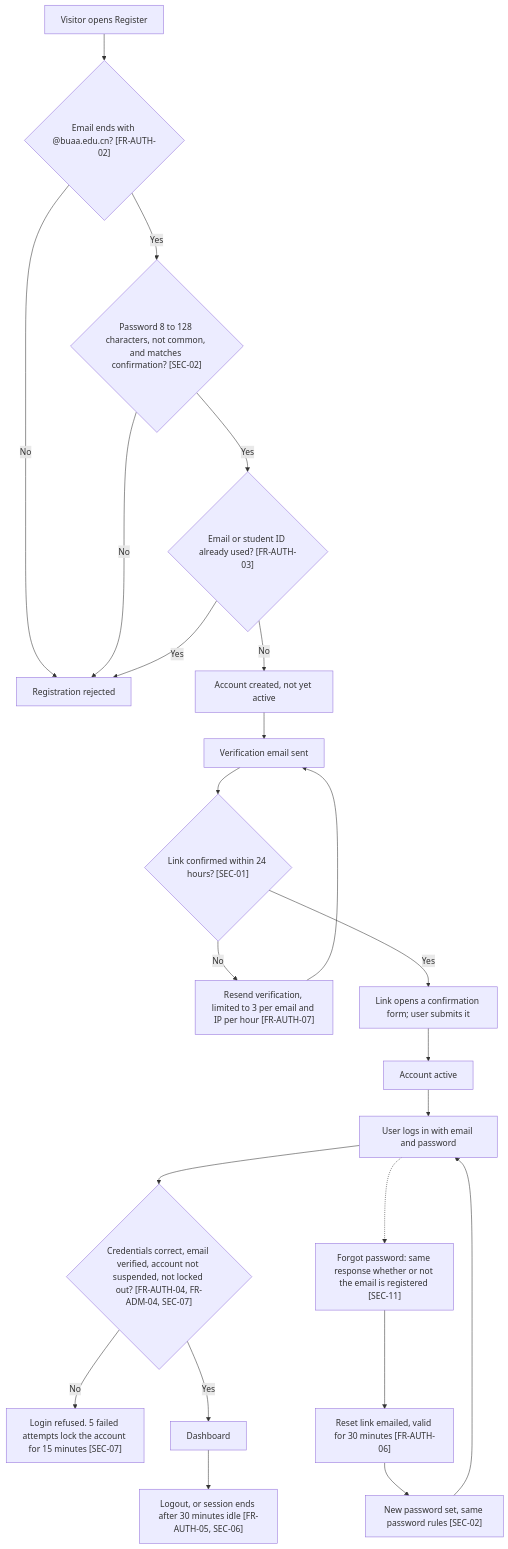
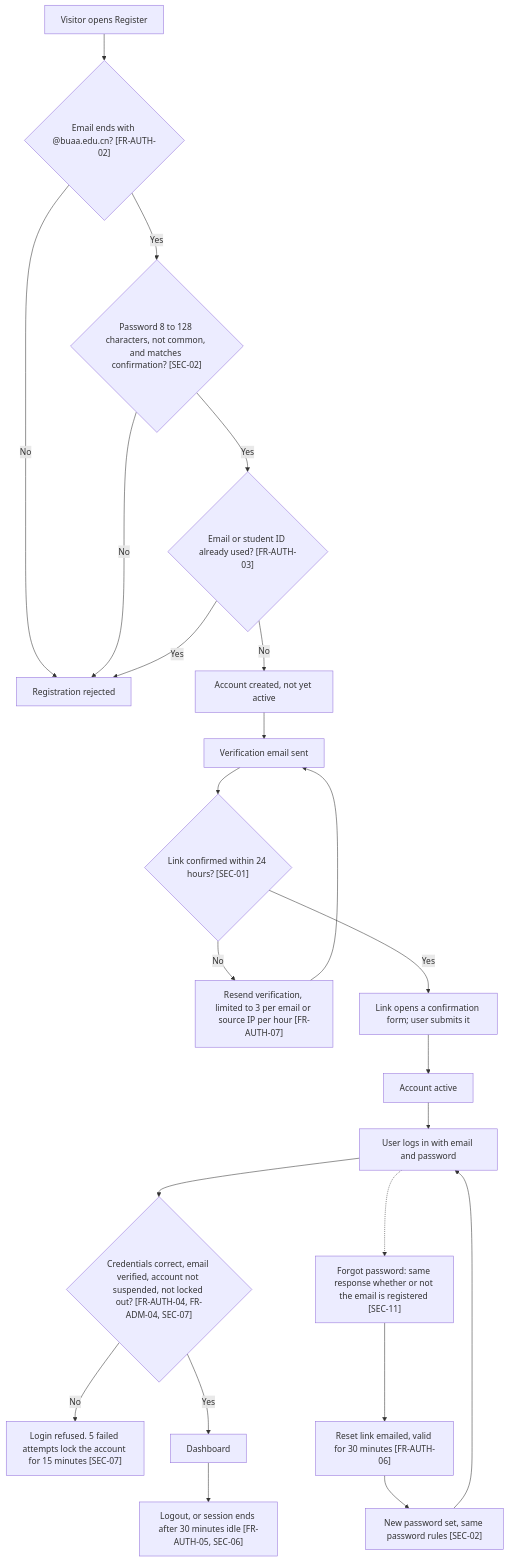
One commit to bhsei/26F changed the fourth of 4 diagrams in docs/requirements/SRS4.0.md. Above: the diagram before and after it, drawn with Mermaid. The commit also changed other lines of this file, not shown here.

Commit message:
Update CampusShare SRS verification evidence

````diff
--- a/docs/requirements/SRS4.0.md
+++ b/docs/requirements/SRS4.0.md
@@ -669,25 +669,25 @@
 ```mermaid
 flowchart TD
     A[Visitor opens Register] --> B{"Email ends with @buaa.edu.cn? [FR-AUTH-02]"}
     B -- No --> X[Registration rejected]
     B -- Yes --> P{"Password 8 to 128 characters, not common, and matches confirmation? [SEC-02]"}
     P -- No --> X
     P -- Yes --> C{"Email or student ID already used? [FR-AUTH-03]"}
     C -- Yes --> X
     C -- No --> D[Account created, not yet active]
     D --> M[Verification email sent]
     M --> V{"Link confirmed within 24 hours? [SEC-01]"}
-    V -- No --> R["Resend verification, limited to 3 per email and IP per hour [FR-AUTH-07]"]
+    V -- No --> R["Resend verification, limited to 3 per email or source IP per hour [FR-AUTH-07]"]
     R --> M
     V -- Yes --> Q["Link opens a confirmation form; user submits it"]
     Q --> E[Account active]
     E --> L[User logs in with email and password]
     L --> K{"Credentials correct, email verified, account not suspended, not locked out? [FR-AUTH-04, FR-ADM-04, SEC-07]"}
     K -- No --> Y["Login refused. 5 failed attempts lock the account for 15 minutes [SEC-07]"]
     K -- Yes --> F[Dashboard]
     F --> G["Logout, or session ends after 30 minutes idle [FR-AUTH-05, SEC-06]"]
     L -.-> FP["Forgot password: same response whether or not the email is registered [SEC-11]"]
     FP --> RL["Reset link emailed, valid for 30 minutes [FR-AUTH-06]"]
     RL --> NP["New password set, same password rules [SEC-02]"]
     NP --> L
 ```
````
